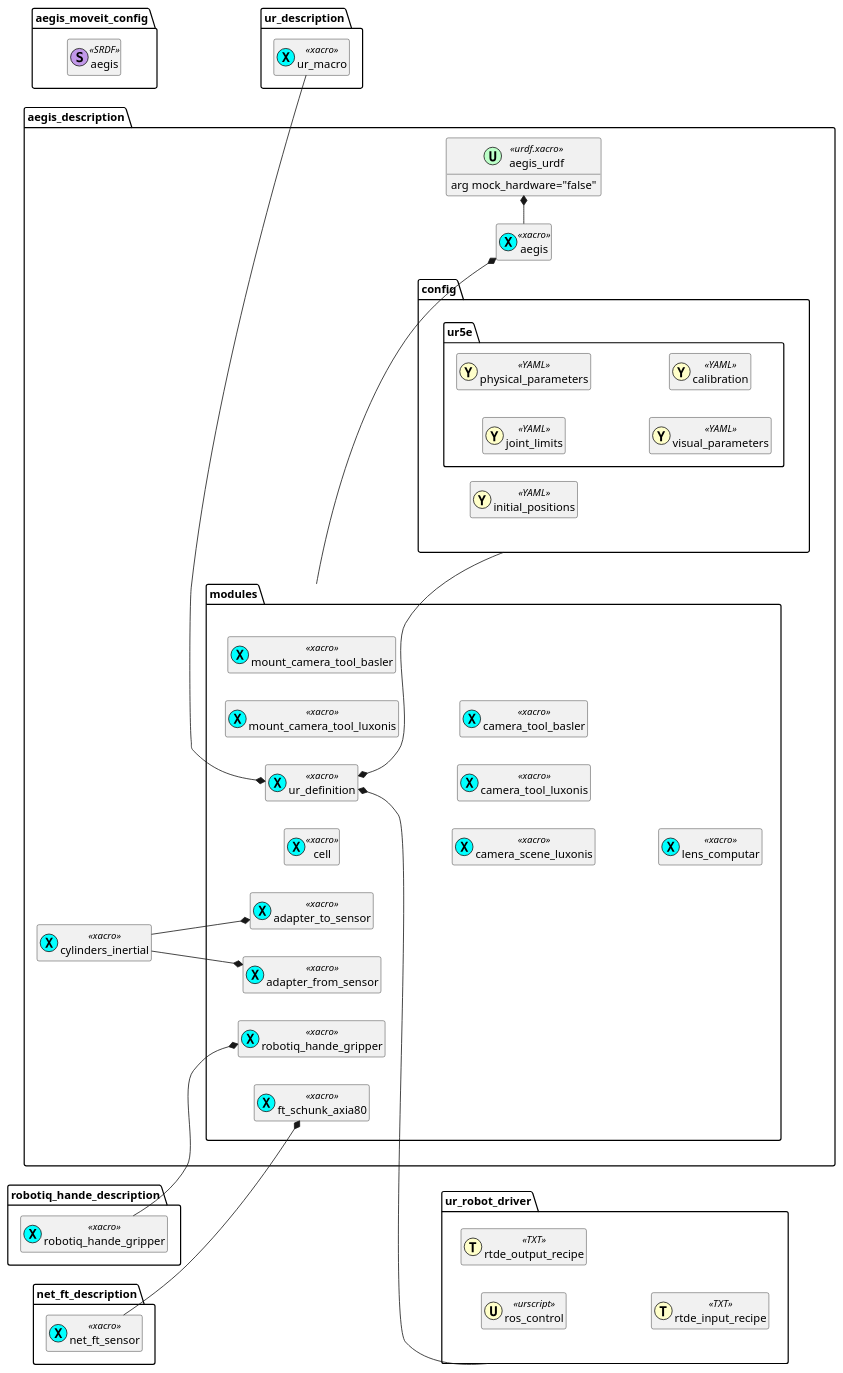
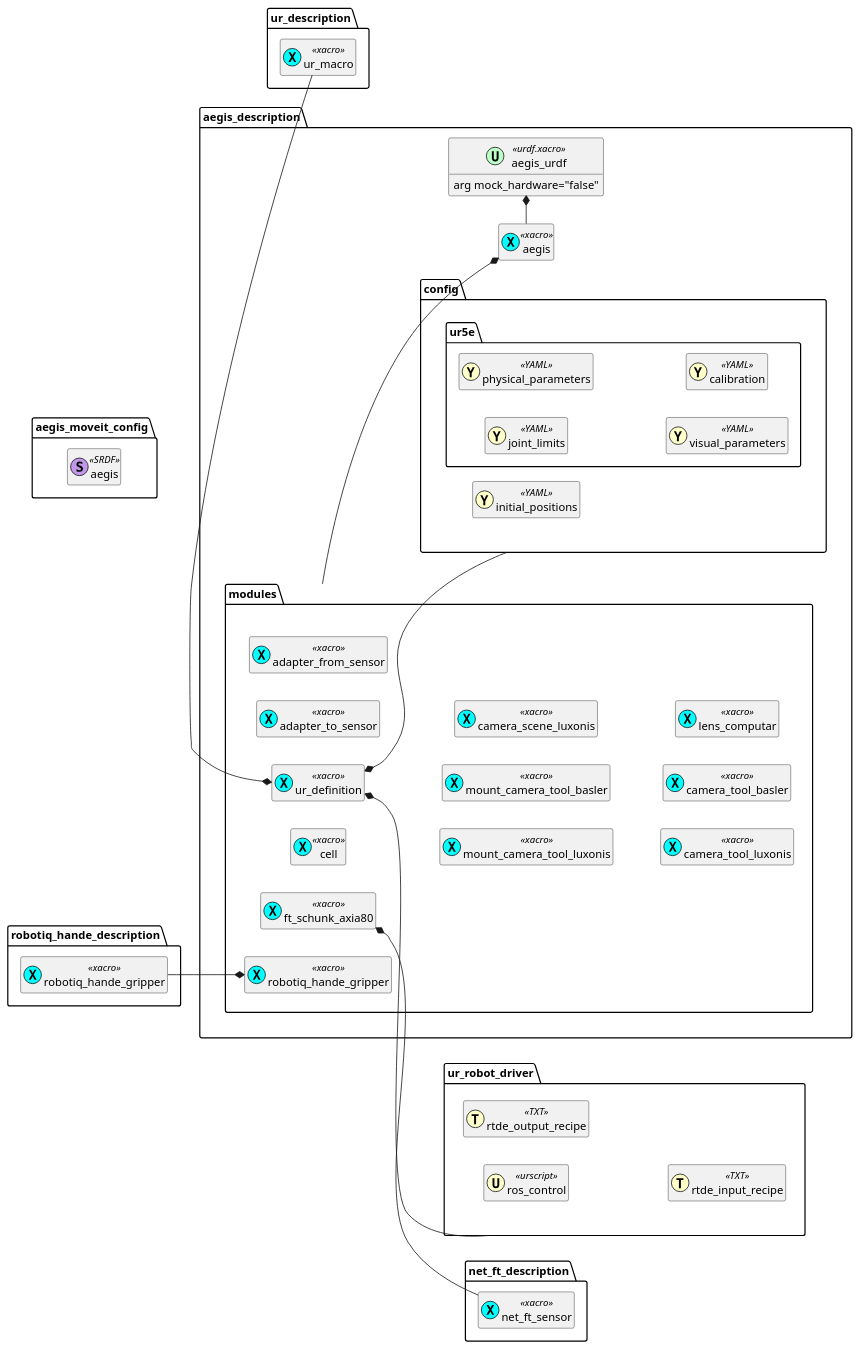
Before and after one commit to AGH-CEAI/aegis_ros: the diagram in aegis_description/docs/urdfs_diagram.plantuml, drawn with PlantUML. The commit also changed 1 other file, not shown here.

```diff
--- a/aegis_description/docs/urdfs_diagram.plantuml
+++ b/aegis_description/docs/urdfs_diagram.plantuml
@@ -1,73 +1,70 @@
 @startuml
 left to right direction
 package aegis_description {
     class aegis_urdf << (U,#bcffc8) urdf.xacro >> {
         arg mock_hardware="false"
     }
     class aegis << (X,cyan) xacro >> {}
-    class cylinders_inertial << (X,cyan) xacro >> {}
 
     package modules {
         class cell << (X,cyan) xacro >> {}
         class ur_definition << (X,cyan) xacro >> {}
         class adapter_to_sensor << (X,cyan) xacro >> {}
         class adapter_from_sensor << (X,cyan) xacro >> {}
         class mount_camera_tool_luxonis << (X,cyan) xacro >> {}
         class mount_camera_tool_basler << (X,cyan) xacro >> {}
         class ft_schunk_axia80 << (X,cyan) xacro >> {}
         class robotiq_hande_gripper << (X,cyan) xacro >> {}
         class camera_scene_luxonis << (X,cyan) xacro >> {}
         class camera_tool_luxonis << (X,cyan) xacro >> {}
         class camera_tool_basler << (X,cyan) xacro >> {}
         class lens_computar << (X,cyan) xacro >> {}
     }
 
     package config {
         class initial_positions << (Y,#ffffc9) YAML >> {}
         package ur5e {
             class joint_limits << (Y,#ffffc9) YAML >> {}
             class physical_parameters << (Y,#ffffc9) YAML >> {}
             class visual_parameters << (Y,#ffffc9) YAML >> {}
             class calibration << (Y,#ffffc9) YAML >> {}
         }
     }
 }
 
 package aegis_moveit_config {
     class aegis << (S,#c298e9) SRDF >> {}
 }
 
 package robotiq_hande_description {
     class robotiq_hande_gripper << (X,cyan) xacro >> {}
 }
 
 package net_ft_description {
     class net_ft_sensor << (X,cyan) xacro >> {}
 }
 
 package ur_description {
     class ur_macro << (X,cyan) xacro >> {}
 }
 
 package ur_robot_driver {
     class ros_control << (U,#ffffc9) urscript >> {}
     class rtde_output_recipe << (T,#ffffc9) TXT >> {}
     class rtde_input_recipe << (T,#ffffc9) TXT >> {}
 }
 
 
 aegis_description.aegis -right-* aegis_description.aegis_urdf
 aegis_description.modules --* aegis_description.aegis
 
 ur_description.ur_macro -left-* aegis_description.modules.ur_definition
 ur_robot_driver -up-* aegis_description.modules.ur_definition
 aegis_description.config -up-* aegis_description.modules.ur_definition
-aegis_description.cylinders_inertial --* aegis_description.modules.adapter_to_sensor
-net_ft_description.net_ft_sensor -down-* aegis_description.modules.ft_schunk_axia80
-aegis_description.cylinders_inertial --* aegis_description.modules.adapter_from_sensor
+net_ft_description.net_ft_sensor -up-* aegis_description.modules.ft_schunk_axia80
 robotiq_hande_description.robotiq_hande_gripper -down-* aegis_description.modules.robotiq_hande_gripper
 
 
 hide members
 show << urdf.xacro >> fields
 @enduml
```
